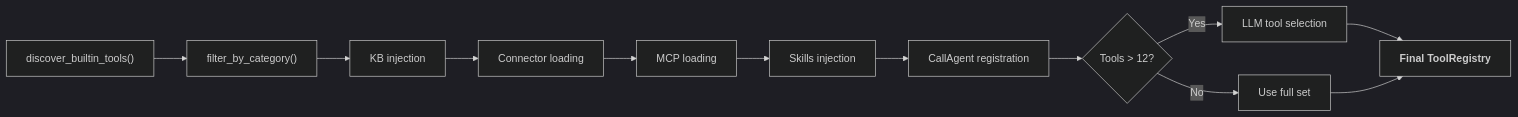
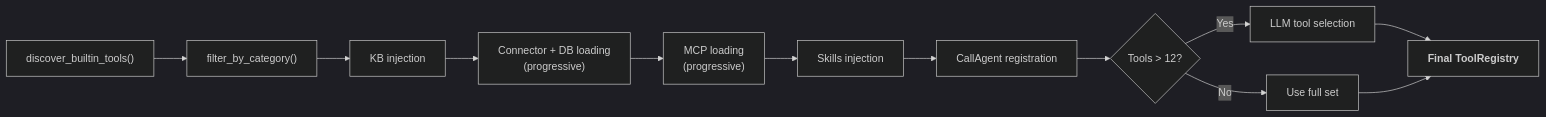
One commit to fim-ai/fim-agent changed the second of 2 diagrams in docs/architecture/system-overview.mdx. Above: the diagram before and after it, drawn with Mermaid (dark theme). The commit also changed other lines of this file and 50 other files, not shown here.

First line of the commit message:
docs: update changelog, roadmap, and env docs for meta-tool features

````diff
--- a/docs/architecture/system-overview.mdx
+++ b/docs/architecture/system-overview.mdx
@@ -58,14 +58,14 @@
 ```mermaid
 flowchart LR
     A["discover_builtin_tools()"] --> B["filter_by_category()"]
     B --> C["KB injection"]
-    C --> D["Connector loading"]
-    D --> E["MCP loading"]
+    C --> D["Connector + DB loading\n(progressive)"]
+    D --> E["MCP loading\n(progressive)"]
     E --> SK["Skills injection"]
     SK --> CA["CallAgent registration"]
     CA --> F{"Tools > 12?"}
     F -->|Yes| G["LLM tool selection"]
     F -->|No| H["Use full set"]
     G --> I["<b>Final ToolRegistry</b>"]
     H --> I
 ```
````
